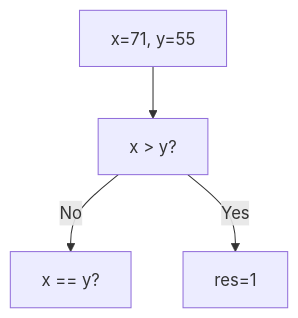
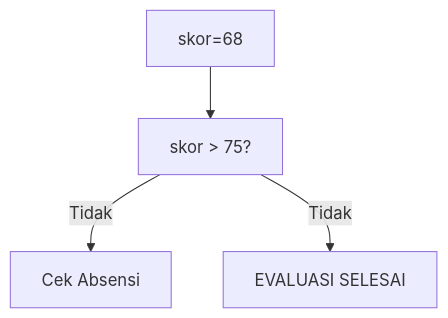
Before and after one commit to amnahwaida/OSNK_INF_PREP: the first of 25 diagrams in part-c-pemahaman-cpp/02-percabangan/latihan/set-12.md, drawn with Mermaid. The commit also changed other lines of this file and 71 other files, not shown here.

````diff
--- a/part-c-pemahaman-cpp/02-percabangan/latihan/set-12.md
+++ b/part-c-pemahaman-cpp/02-percabangan/latihan/set-12.md
@@ -23,6 +22,6 @@
 ```mermaid
 graph TD
-A["x=71, y=55"] --> B["x > y?"]
-B -- No --> C["x == y?"]
-B -- Yes --> D[res=1]
+A["skor=68"] --> B["skor > 75?"]
+B -- Tidak --> C["Cek Absensi"]
+B -- Tidak --> D["EVALUASI SELESAI"]
 ```
````
